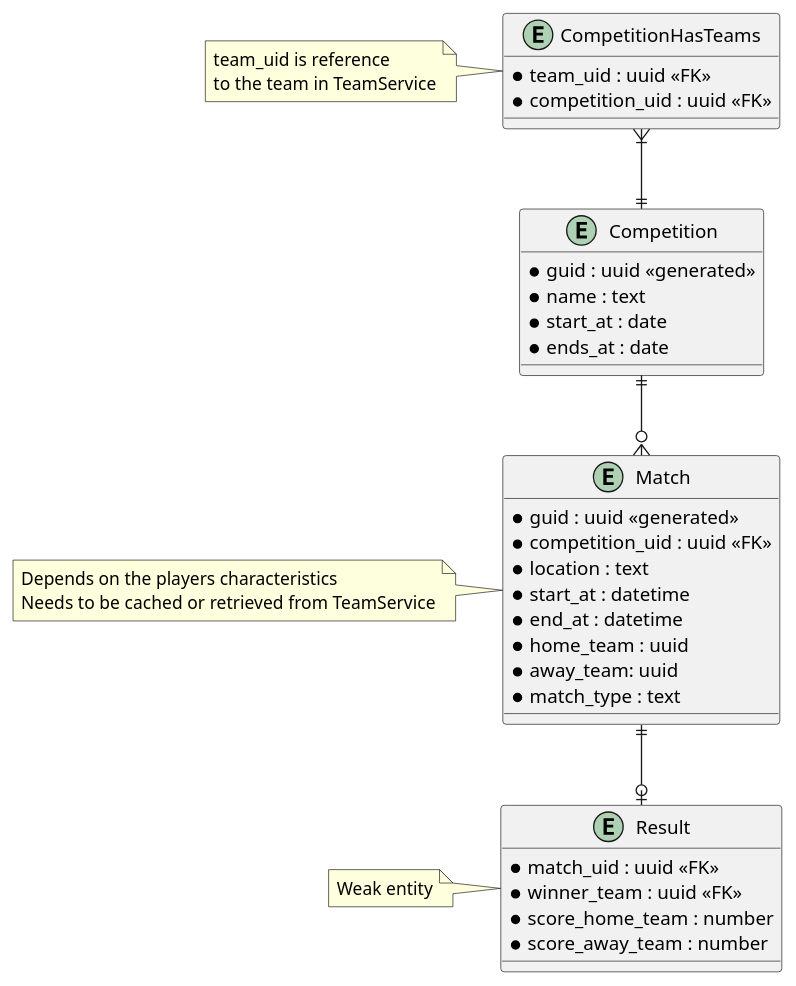
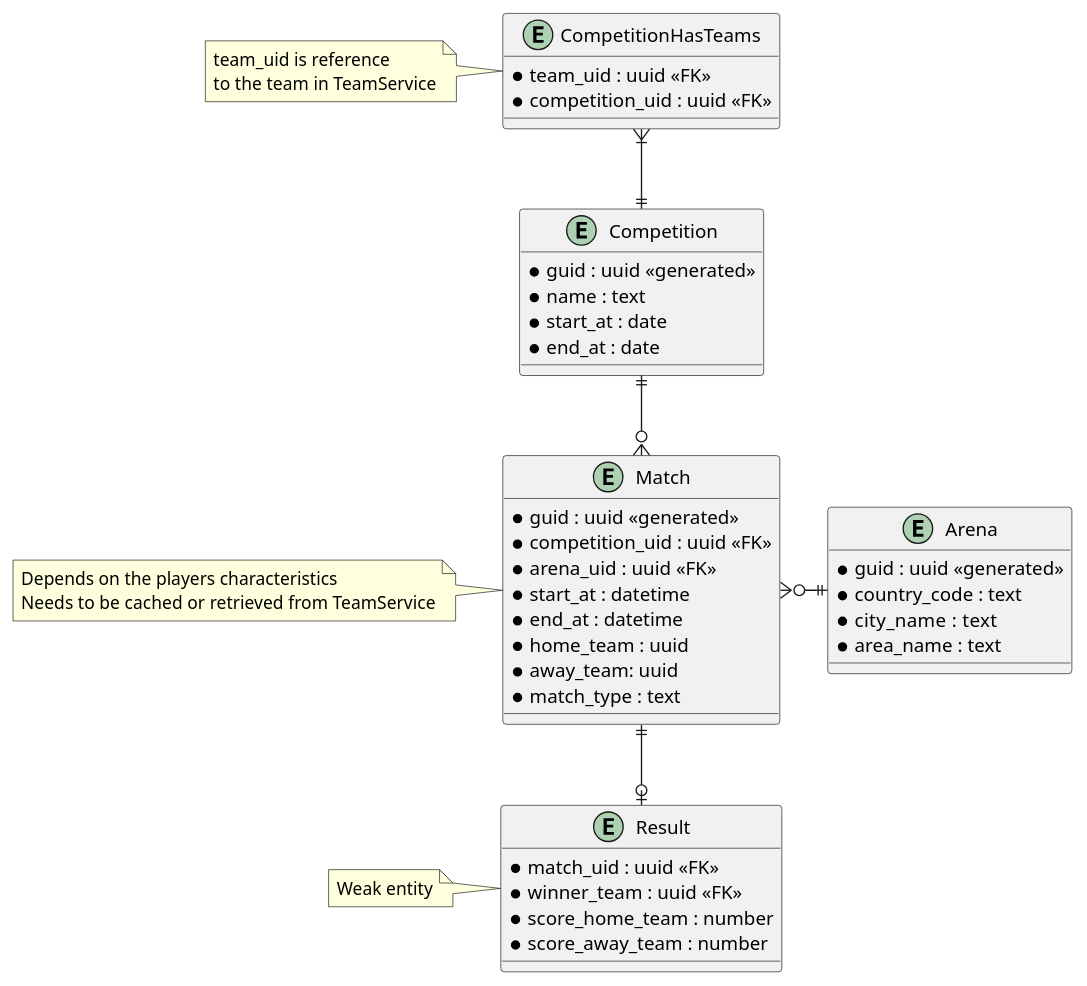
The diagram in docs/game-service-erd.puml (Ricaps/Ice-Hockey-Manager), drawn with PlantUML before and after one commit. The commit also changed 81 other files, not shown here.

```diff
--- a/docs/game-service-erd.puml
+++ b/docs/game-service-erd.puml
@@ -1,42 +1,49 @@
-@startuml
+    @startuml
 
 entity Match {
     * guid : uuid <<generated>>
     * competition_uid : uuid <<FK>>
-    * location : text
+    * arena_uid : uuid <<FK>>
     * start_at : datetime
     * end_at : datetime
     * home_team : uuid
     * away_team: uuid
     * match_type : text
 }
 
+entity Arena {
+    * guid : uuid <<generated>>
+    * country_code : text
+    * city_name :  text
+    * area_name : text
+}
 
 entity Result {
     * match_uid : uuid <<FK>>
     * winner_team : uuid <<FK>>
     * score_home_team : number
     * score_away_team : number
 }
 
 entity CompetitionHasTeams {
     * team_uid : uuid <<FK>>
     * competition_uid : uuid <<FK>>
 }
 
 entity Competition {
     * guid : uuid <<generated>>
     * name : text
     * start_at : date
-    * ends_at : date
+    * end_at : date
 }
 
 CompetitionHasTeams }|--|| Competition
 Match ||--o| Result
 Competition ||--o{ Match
+Match }o--right|| Arena
 
 note left of CompetitionHasTeams : team_uid is reference \nto the team in TeamService
 note left of Match : Depends on the players characteristics\nNeeds to be cached or retrieved from TeamService
 note left of Result : Weak entity
 
 @enduml
```
